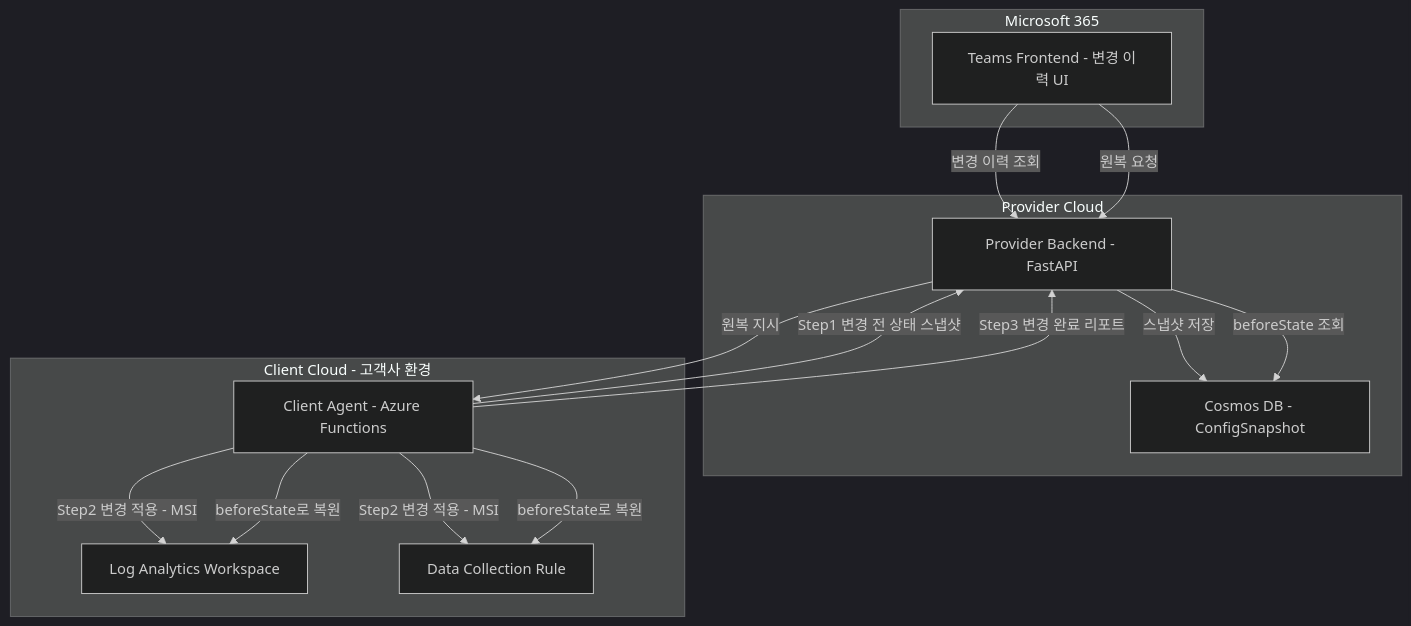
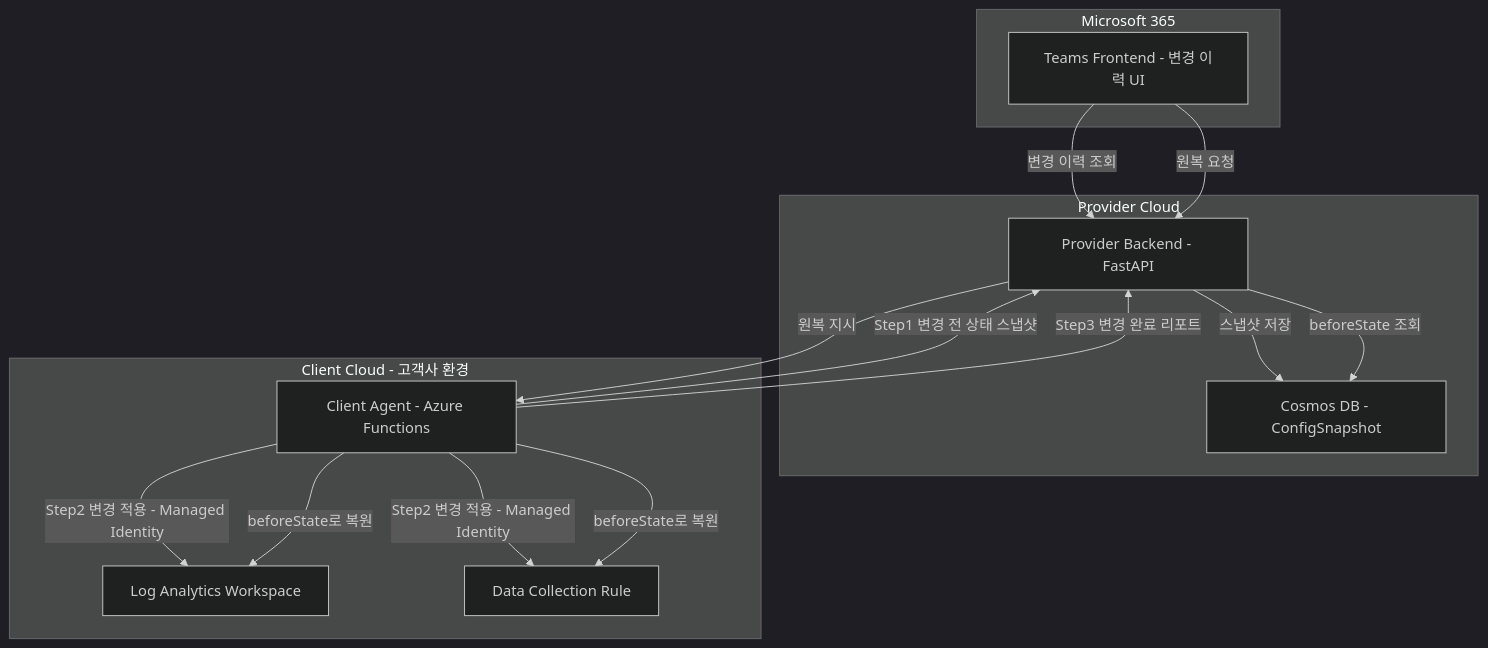
One commit to chjcmy/study changed diagram 26 of 30 in azure/projects/log-doctor-plan.md. Above: the diagram before and after it, drawn with Mermaid (dark theme). The commit also changed other lines of this file and 2 other files, not shown here.

````diff
--- a/azure/projects/log-doctor-plan.md
+++ b/azure/projects/log-doctor-plan.md
@@ -1148,30 +1148,30 @@
 ```mermaid
 graph TB
     subgraph Microsoft 365
         Teams["Teams Frontend - 변경 이력 UI"]
     end
 
     subgraph Provider Cloud
         PB["Provider Backend - FastAPI"]
         CosmosDB["Cosmos DB - ConfigSnapshot"]
     end
 
     subgraph Client Cloud - 고객사 환경
         Agent["Client Agent - Azure Functions"]
         LAW["Log Analytics Workspace"]
         DCR["Data Collection Rule"]
     end
 
     Agent -->|Step1 변경 전 상태 스냅샷| PB
     PB -->|스냅샷 저장| CosmosDB
-    Agent -->|Step2 변경 적용 - MSI| LAW
-    Agent -->|Step2 변경 적용 - MSI| DCR
+    Agent -->|Step2 변경 적용 - Managed Identity| LAW
+    Agent -->|Step2 변경 적용 - Managed Identity| DCR
     Agent -->|Step3 변경 완료 리포트| PB
 
     Teams -->|변경 이력 조회| PB
     Teams -->|원복 요청| PB
     PB -->|beforeState 조회| CosmosDB
     PB -->|원복 지시| Agent
     Agent -->|beforeState로 복원| LAW
     Agent -->|beforeState로 복원| DCR
 ```
````
